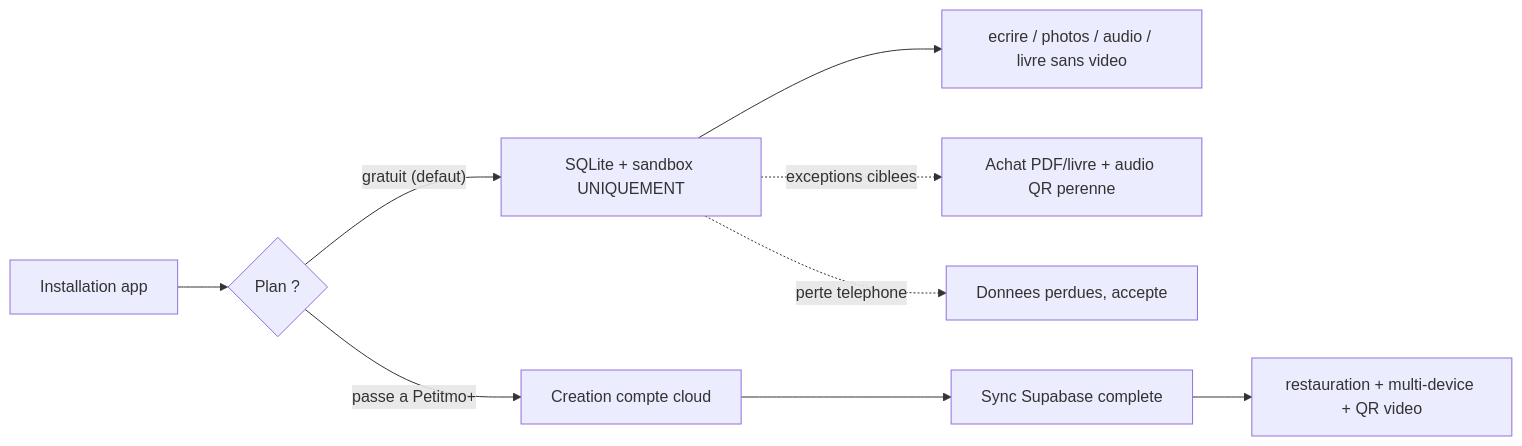
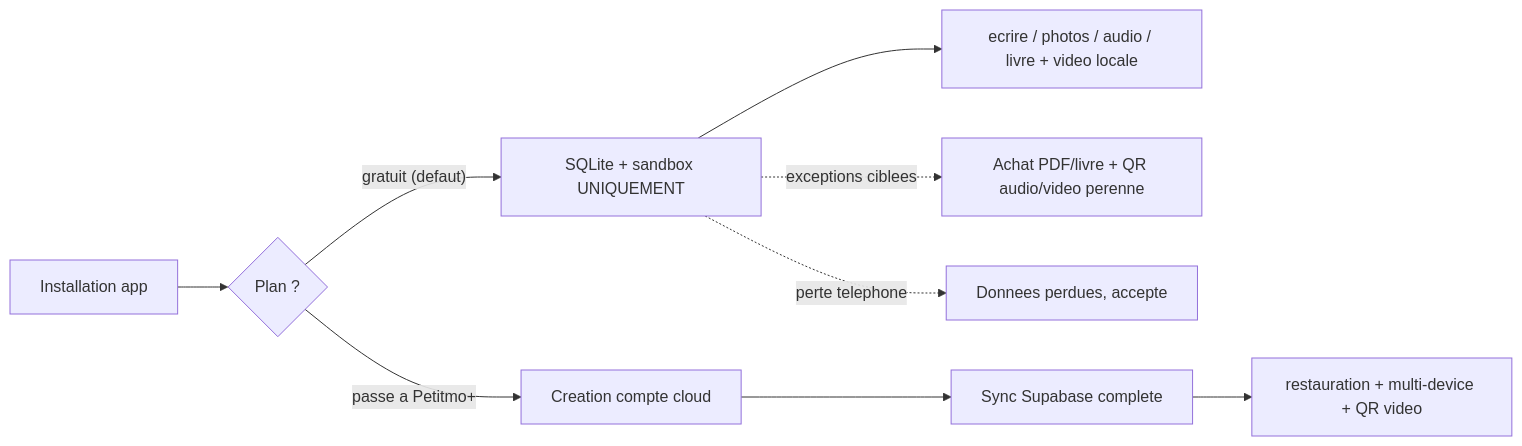
Before and after one commit to yembez/petitmo: the diagram in docs/specs/architecture-locale-cloud.md, drawn with Mermaid. The commit also changed other lines of this file and 51 other files, not shown here.

````diff
--- a/docs/specs/architecture-locale-cloud.md
+++ b/docs/specs/architecture-locale-cloud.md
@@ -80,11 +79,11 @@
 ```mermaid
 flowchart LR
     install[Installation app] --> mode{Plan ?}
     mode -- "gratuit (defaut)" --> local[SQLite + sandbox UNIQUEMENT]
-    local --> use1[ecrire / photos / audio / livre sans video]
+    local --> use1[ecrire / photos / audio / livre + video locale]
     mode -- "passe a Petitmo+" --> account[Creation compte cloud]
     account --> cloud[Sync Supabase complete]
     cloud --> use2[restauration + multi-device + QR video]
-    local -. "exceptions ciblees" .-> supaFree["Achat PDF/livre + audio QR perenne"]
+    local -. "exceptions ciblees" .-> supaFree["Achat PDF/livre + QR audio/video perenne"]
     local -. "perte telephone" .-> lost[Donnees perdues, accepte]
 ```
````
